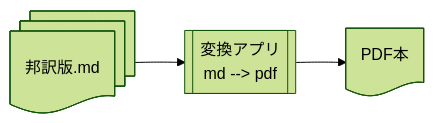
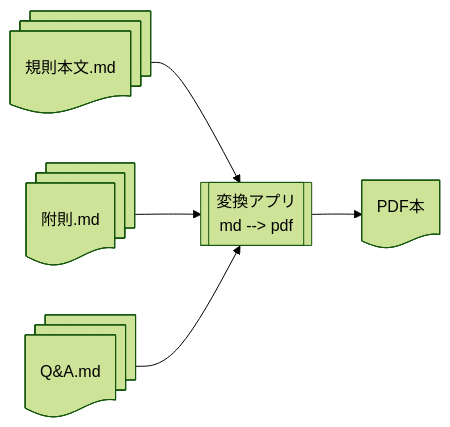
Before and after one commit to jpdga-shizuoka/rules: the diagram in pandoc/README.md, drawn with Mermaid (forest theme). The commit also changed other lines of this file, not shown here.

````diff
--- a/pandoc/README.md
+++ b/pandoc/README.md
@@ -5,8 +10,13 @@
 ```mermaid
 flowchart LR
-    SOURCE@{ shape: docs, label: "邦訳版.md" }
+    RULES@{ shape: docs, label: "規則本文.md" }
+    APPENDIXES@{ shape: docs, label: "附則.md" }
+    QAS@{ shape: docs, label: "Q&A.md" }
     PANDOC@{ shape: subproc, label: "変換アプリ\nmd --> pdf" }
-    PDF本@{ shape: doc, label: "PDF本" }
+    PDF@{ shape: doc, label: "PDF本" }
 
-    SOURCE --> PANDOC --> PDF本
+    RULES --> PANDOC
+    APPENDIXES --> PANDOC
+    QAS --> PANDOC
+    PANDOC --> PDF
 ```
````
